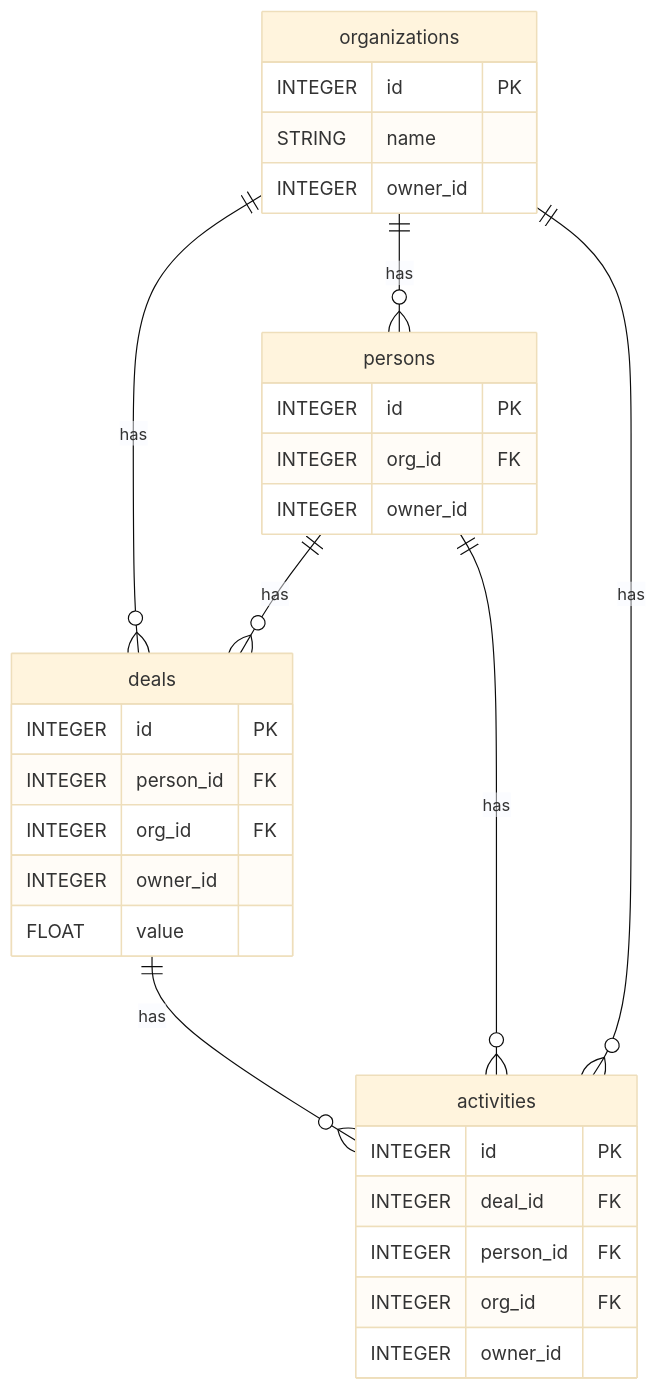
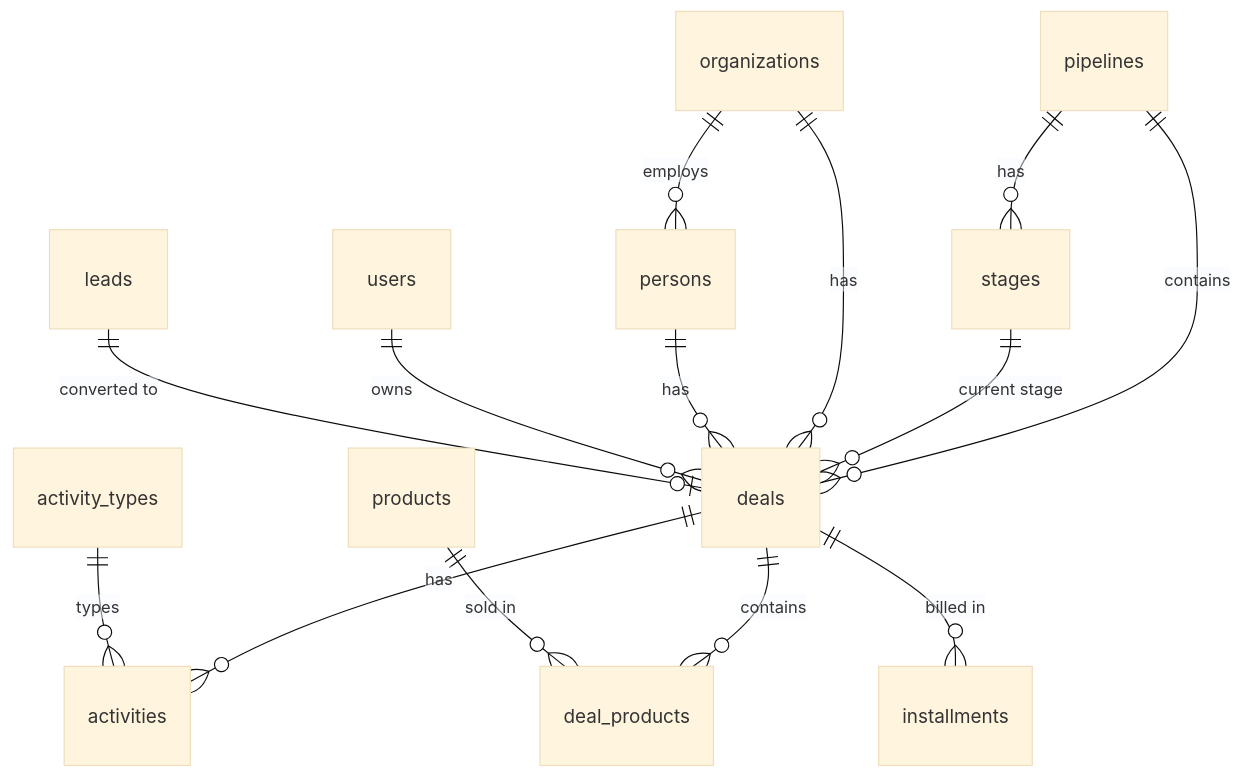
Before and after one commit to quanti-data-mkt/documentation: the diagram in connectors/sales-analytics-connectors/pipedrive.md, drawn with Mermaid (base theme). The commit also changed other lines of this file, not shown here.

````diff
--- a/connectors/sales-analytics-connectors/pipedrive.md
+++ b/connectors/sales-analytics-connectors/pipedrive.md
@@ -66,33 +80,16 @@
 ```mermaid
 erDiagram
-    organizations {
-        INTEGER id PK
-        STRING name
-        INTEGER owner_id
-    }
-    persons {
-        INTEGER id PK
-        INTEGER org_id FK
-        INTEGER owner_id
-    }
-    deals {
-        INTEGER id PK
-        INTEGER person_id FK
-        INTEGER org_id FK
-        INTEGER owner_id
-        FLOAT value
-    }
-    activities {
-        INTEGER id PK
-        INTEGER deal_id FK
-        INTEGER person_id FK
-        INTEGER org_id FK
-        INTEGER owner_id
-    }
-    organizations ||--o{ persons : "has"
+    pipelines ||--o{ stages : "has"
+    pipelines ||--o{ deals : "contains"
+    stages ||--o{ deals : "current stage"
+    organizations ||--o{ persons : "employs"
     organizations ||--o{ deals : "has"
     persons ||--o{ deals : "has"
+    users ||--o{ deals : "owns"
     deals ||--o{ activities : "has"
-    persons ||--o{ activities : "has"
-    organizations ||--o{ activities : "has"
+    deals ||--o{ deal_products : "contains"
+    products ||--o{ deal_products : "sold in"
+    deals ||--o{ installments : "billed in"
+    leads ||--o| deals : "converted to"
+    activity_types ||--o{ activities : "types"
 ```
````
